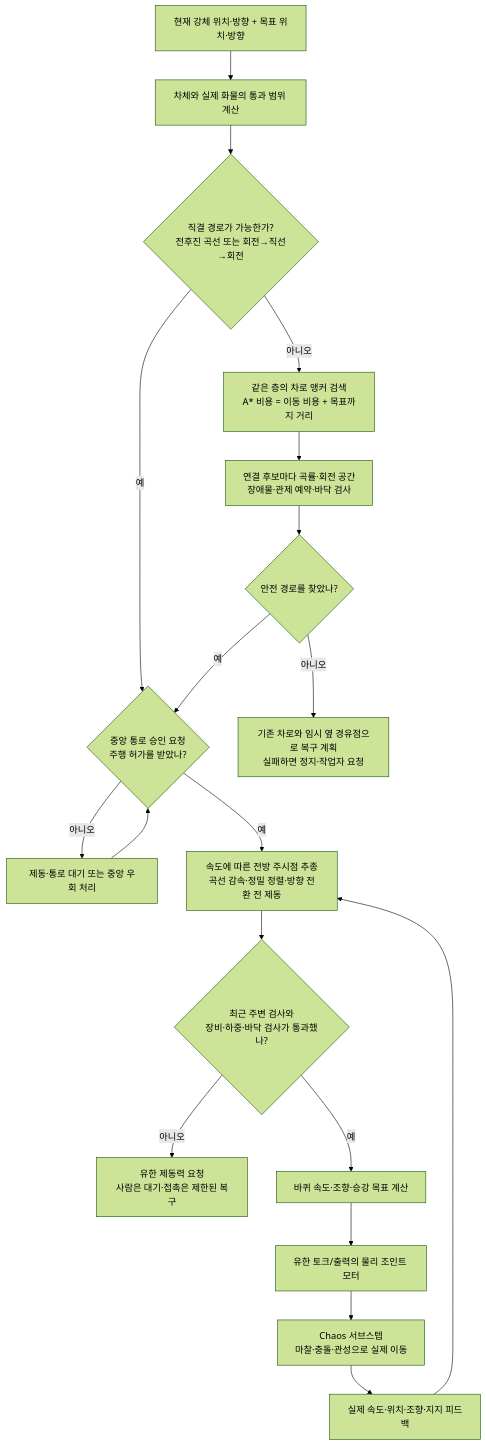
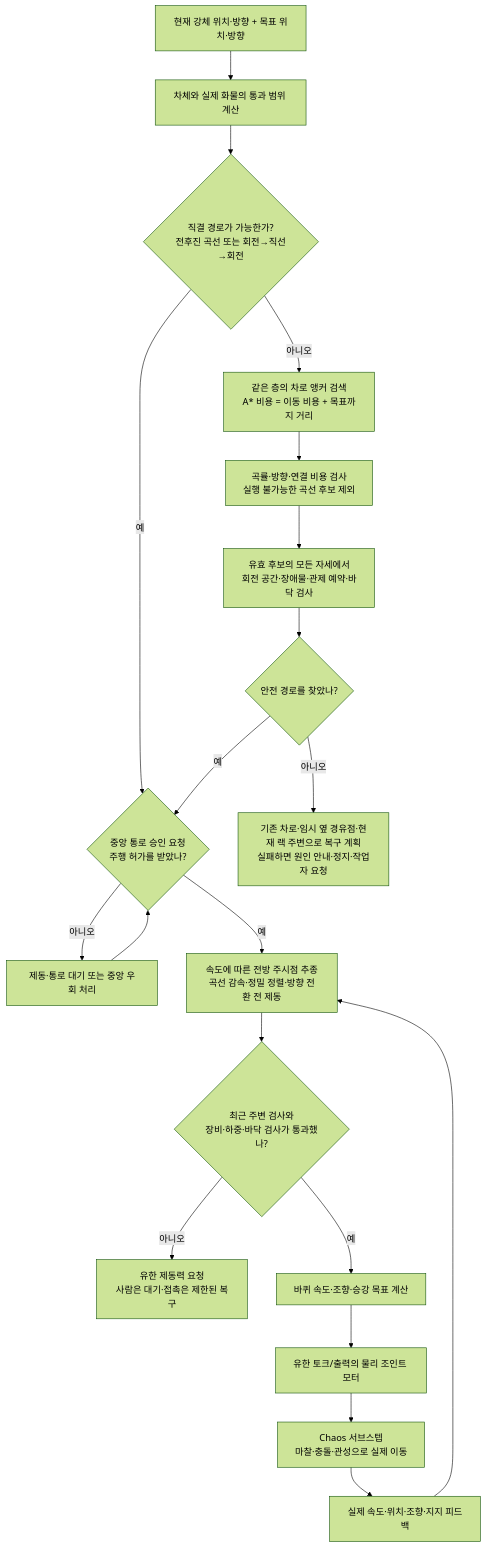
One commit to graybeeer/msc_vr changed the third of 4 diagrams in FLEET_ALGORITHM_COMPARISON.md. Above: the diagram before and after it, drawn with Mermaid (forest theme). The commit also changed other lines of this file and 22 other files, not shown here.

````diff
--- a/FLEET_ALGORITHM_COMPARISON.md
+++ b/FLEET_ALGORITHM_COMPARISON.md
@@ -92,21 +92,22 @@
 ```mermaid
 flowchart TD
     Pose["현재 강체 위치·방향 + 목표 위치·방향"] --> Envelope["차체와 실제 화물의 통과 범위 계산"]
     Envelope --> Direct{"직결 경로가 가능한가?<br/>전후진 곡선 또는 회전→직선→회전"}
     Direct -- 아니오 --> Graph["같은 층의 차로 앵커 검색<br/>A* 비용 = 이동 비용 + 목표까지 거리"]
-    Graph --> Edge["연결 후보마다 곡률·회전 공간<br/>장애물·관제 예약·바닥 검사"]
+    Graph --> Geometry["곡률·방향·연결 비용 검사<br/>실행 불가능한 곡선 후보 제외"]
+    Geometry --> Edge["유효 후보의 모든 자세에서<br/>회전 공간·장애물·관제 예약·바닥 검사"]
     Direct -- 예 --> Permit
     Edge --> Found{"안전 경로를 찾았나?"}
-    Found -- 아니오 --> Recovery["기존 차로와 임시 옆 경유점으로 복구 계획<br/>실패하면 정지·작업자 요청"]
+    Found -- 아니오 --> Recovery["기존 차로·임시 옆 경유점·현재 랙 주변으로 복구 계획<br/>실패하면 원인 안내·정지·작업자 요청"]
     Found -- 예 --> Permit{"중앙 통로 승인 요청<br/>주행 허가를 받았나?"}
     Permit -- 아니오 --> TrafficWait["제동·통로 대기 또는 중앙 우회 처리"]
     TrafficWait --> Permit
     Permit -- 예 --> Follow["속도에 따른 전방 주시점 추종<br/>곡선 감속·정밀 정렬·방향 전환 전 제동"]
     Follow --> Safe{"최근 주변 검사와<br/>장비·하중·바닥 검사가 통과했나?"}
     Safe -- 아니오 --> Brake["유한 제동력 요청<br/>사람은 대기·접촉은 제한된 복구"]
     Safe -- 예 --> Drive["바퀴 속도·조향·승강 목표 계산"]
     Drive --> Motor["유한 토크/출력의 물리 조인트 모터"]
     Motor --> Contact["Chaos 서브스텝<br/>마찰·충돌·관성으로 실제 이동"]
     Contact --> Feedback["실제 속도·위치·조향·지지 피드백"]
     Feedback --> Follow
 ```
````
